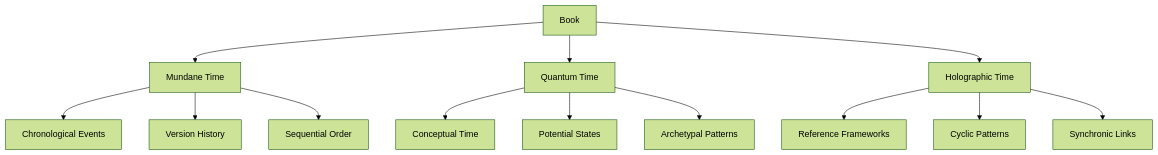
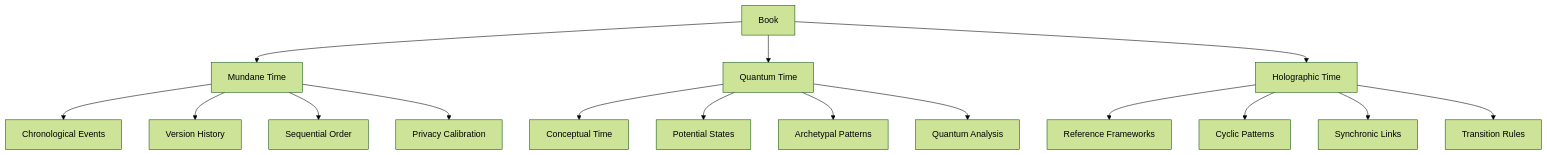
Before and after one commit to heavyblotto/memorativa: the first of 5 diagrams in docs/2. the cybernetic system/memorativa-2-14-books.md, drawn with Mermaid (forest theme). The commit also changed other lines of this file and 9 other files, not shown here.

````diff
--- a/docs/2. the cybernetic system/memorativa-2-14-books.md
+++ b/docs/2. the cybernetic system/memorativa-2-14-books.md
@@ -73,18 +223,21 @@
 ```mermaid
 graph TD
     B[Book] --> M[Mundane Time]
     B --> Q[Quantum Time]
     B --> H[Holographic Time]
     
     M --> MC[Chronological Events]
     M --> MV[Version History]
     M --> MS[Sequential Order]
+    M --> MP[Privacy Calibration]
     
     Q --> QC[Conceptual Time]
     Q --> QP[Potential States]
     Q --> QA[Archetypal Patterns]
+    Q --> QI[Quantum Analysis]
     
     H --> HR[Reference Frameworks]
     H --> HC[Cyclic Patterns]
     H --> HS[Synchronic Links]
+    H --> HT[Transition Rules]
 ```
````
